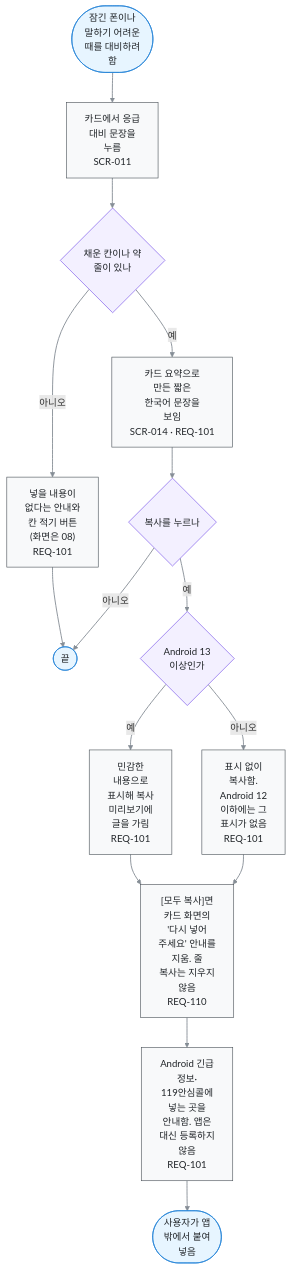
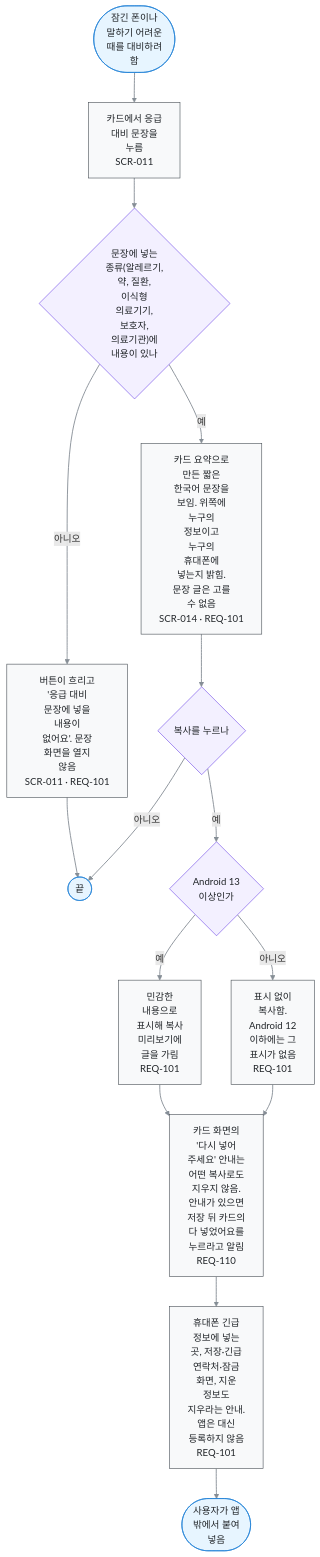
One commit to judangbang-ops/pillbadeum_release changed the diagram in docs/03-user-flow/FL-013-emergency-text.md. Above: the diagram before and after it, drawn with Mermaid. The commit also changed other lines of this file and 44 other files, not shown here.

````diff
--- a/docs/03-user-flow/FL-013-emergency-text.md
+++ b/docs/03-user-flow/FL-013-emergency-text.md
@@ -8,26 +8,26 @@
 ```mermaid
 flowchart TD
   A(["잠긴 폰이나<br/>말하기 어려운<br/>때를 대비하려<br/>함"]) e1@--> B["카드에서 응급<br/>대비 문장을<br/>누름<br/>SCR-011"]
-  B e2@--> C{"채운 칸이나 약<br/>줄이 있나"}
-  C e3@-- 아니오 --> C1["넣을 내용이<br/>없다는 안내와<br/>칸 적기 버튼<br/>(화면은 08)<br/>REQ-101"]
+  B e2@--> C{"문장에 넣는<br/>종류(알레르기,<br/>약, 질환,<br/>이식형<br/>의료기기,<br/>보호자,<br/>의료기관)에<br/>내용이 있나"}
+  C e3@-- 아니오 --> C1["버튼이 흐리고<br/>'응급 대비<br/>문장에 넣을<br/>내용이<br/>없어요'. 문장<br/>화면을 열지<br/>않음<br/>SCR-011 · REQ-101"]
   C1 e4@--> Z(["끝"])
-  C e5@-- 예 --> D["카드 요약으로<br/>만든 짧은<br/>한국어 문장을<br/>보임<br/>SCR-014 · REQ-101"]
+  C e5@-- 예 --> D["카드 요약으로<br/>만든 짧은<br/>한국어 문장을<br/>보임. 위쪽에<br/>누구의<br/>정보이고<br/>누구의<br/>휴대폰에<br/>넣는지 밝힘.<br/>문장 글은 고를<br/>수 없음<br/>SCR-014 · REQ-101"]
   D e6@--> E{"복사를 누르나"}
   E e7@-- 아니오 --> Z
   E e8@-- 예 --> F{"Android 13<br/>이상인가"}
   F e9@-- 예 --> F1["민감한<br/>내용으로<br/>표시해 복사<br/>미리보기에<br/>글을 가림<br/>REQ-101"]
   F e10@-- 아니오 --> F2["표시 없이<br/>복사함.<br/>Android 12<br/>이하에는 그<br/>표시가 없음<br/>REQ-101"]
-  F1 e11@--> G["[모두 복사]면<br/>카드 화면의<br/>'다시 넣어<br/>주세요' 안내를<br/>지움. 줄<br/>복사는 지우지<br/>않음<br/>REQ-110"]
+  F1 e11@--> G["카드 화면의<br/>'다시 넣어<br/>주세요' 안내는<br/>어떤 복사로도<br/>지우지 않음.<br/>안내가 있으면<br/>저장 뒤 카드의<br/>다 넣었어요를<br/>누르라고 알림<br/>REQ-110"]
   F2 e12@--> G
-  G e13@--> H["Android 긴급<br/>정보·<br/>119안심콜에<br/>넣는 곳을<br/>안내함. 앱은<br/>대신 등록하지<br/>않음<br/>REQ-101"]
+  G e13@--> H["휴대폰 긴급<br/>정보에 넣는<br/>곳, 저장·긴급<br/>연락처·잠금<br/>화면, 지운<br/>정보도<br/>지우라는 안내.<br/>앱은 대신<br/>등록하지 않음<br/>REQ-101"]
   H e14@--> Y(["사용자가 앱<br/>밖에서 붙여<br/>넣음"])
   %% legend: below
   classDef term fill:#e7f5ff,stroke:#1c7ed6,color:#212529
   classDef proc fill:#f8f9fa,stroke:#495057,color:#212529
   classDef decide fill:#f3f0ff,stroke:#7048e8,color:#212529
   classDef pass stroke:#868e96,stroke-width:1.5px
   class A,Y,Z term
   class B,C1,D,F1,F2,G,H proc
   class C,E,F decide
   class e1,e2,e3,e4,e5,e6,e7,e8,e9,e10,e11,e12,e13,e14 pass
 ```
````
